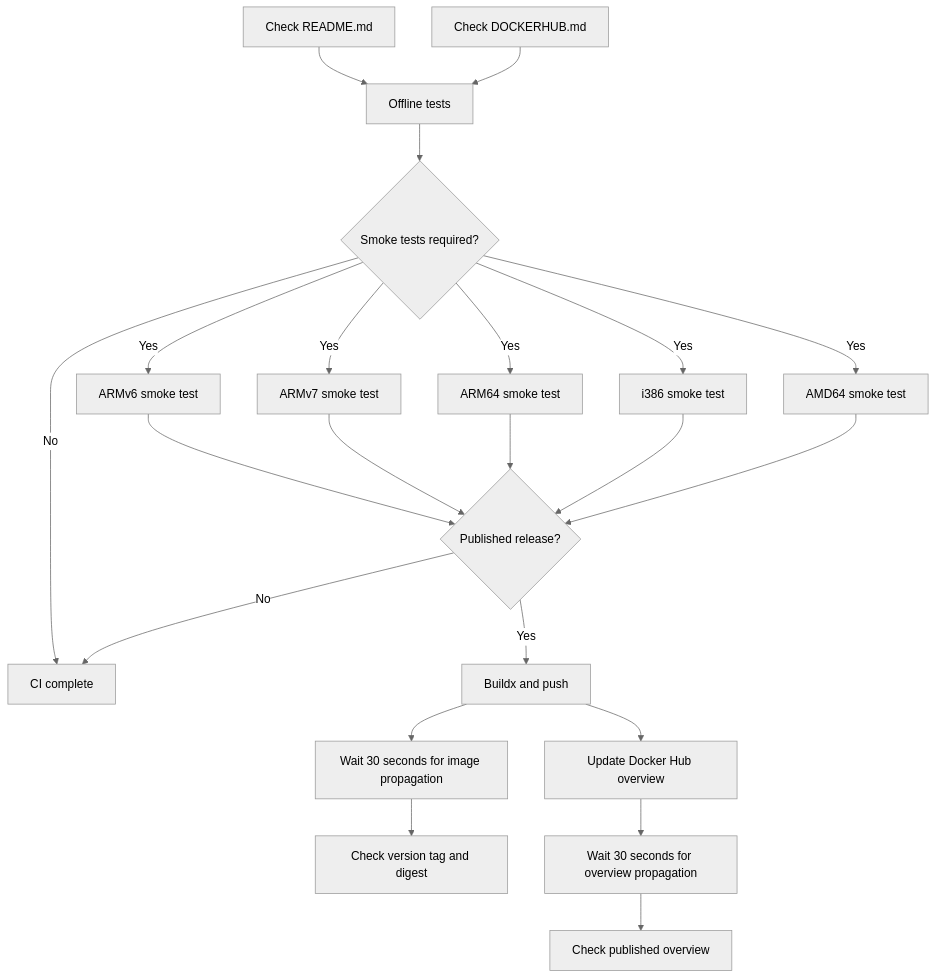
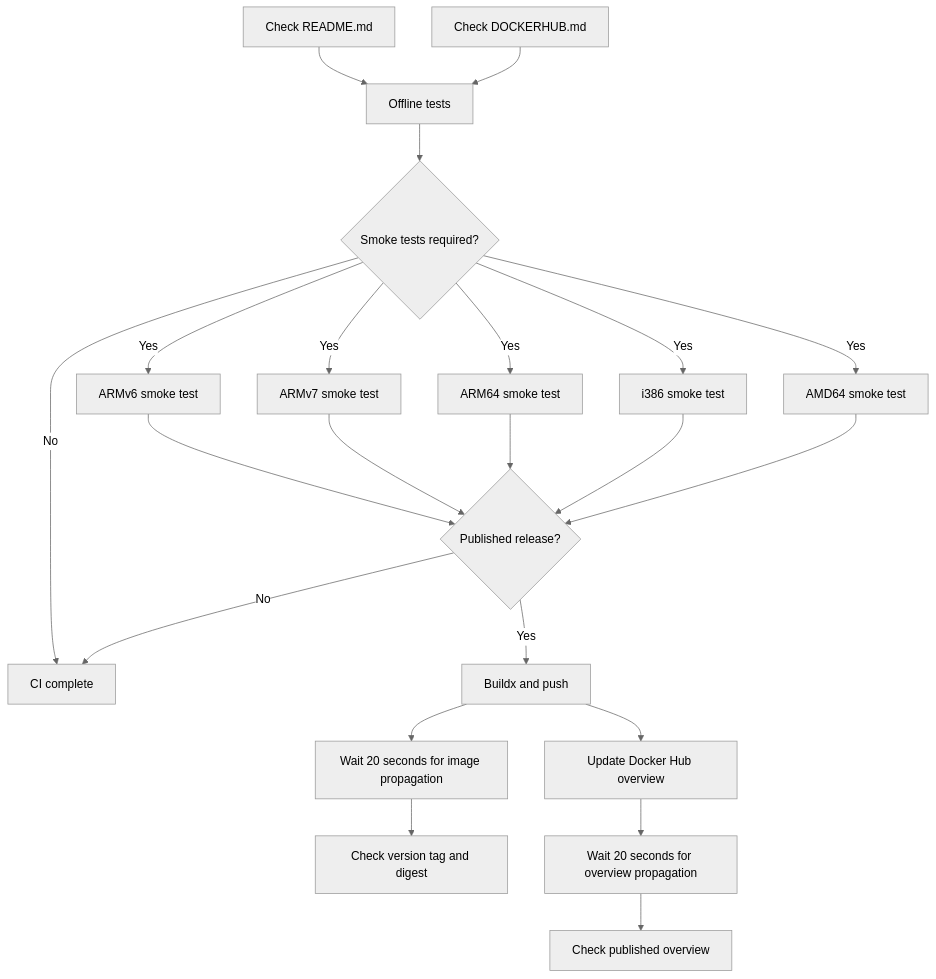
One commit to ljgonzalez1/lego-cloudflare-ssl-certgen changed the diagram in docs/release-pipeline.md. Above: the diagram before and after it, drawn with Mermaid (neutral theme). The commit also changed other lines of this file and 9 other files, not shown here.

````diff
--- a/docs/release-pipeline.md
+++ b/docs/release-pipeline.md
@@ -21,24 +21,24 @@
 ```mermaid
 flowchart TD
     Readme["Check README.md"] --> Offline["Offline tests"]
     Hub["Check DOCKERHUB.md"] --> Offline
     Offline --> SmokeGate{"Smoke tests required?"}
     SmokeGate -->|No| Done["CI complete"]
     SmokeGate -->|Yes| V6["ARMv6 smoke test"]
     SmokeGate -->|Yes| V7["ARMv7 smoke test"]
     SmokeGate -->|Yes| ARM64["ARM64 smoke test"]
     SmokeGate -->|Yes| I386["i386 smoke test"]
     SmokeGate -->|Yes| AMD64["AMD64 smoke test"]
     V6 --> Release{"Published release?"}
     V7 --> Release
     ARM64 --> Release
     I386 --> Release
     AMD64 --> Release
     Release -->|No| Done
     Release -->|Yes| Publish["Buildx and push"]
-    Publish --> WaitImage["Wait 30 seconds for image propagation"]
+    Publish --> WaitImage["Wait 20 seconds for image propagation"]
     WaitImage --> Tag["Check version tag and digest"]
     Publish --> Update["Update Docker Hub overview"]
-    Update --> WaitDescription["Wait 30 seconds for overview propagation"]
+    Update --> WaitDescription["Wait 20 seconds for overview propagation"]
     WaitDescription --> Verify["Check published overview"]
 ```
````
